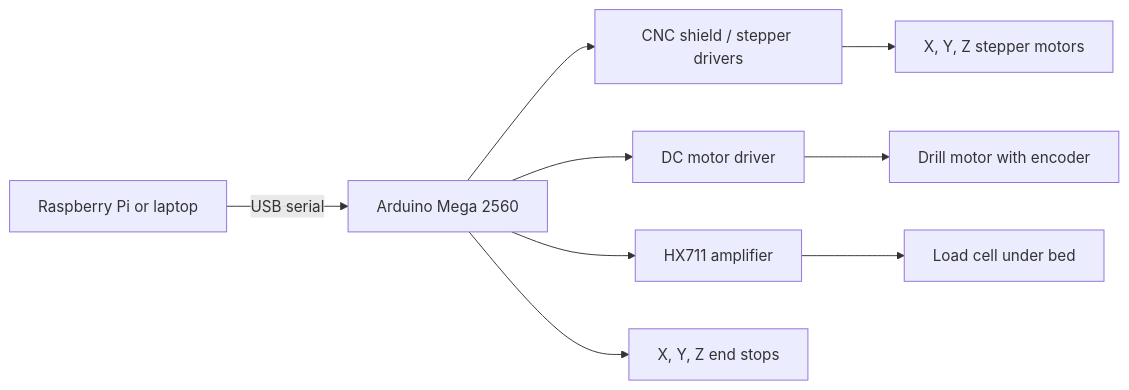
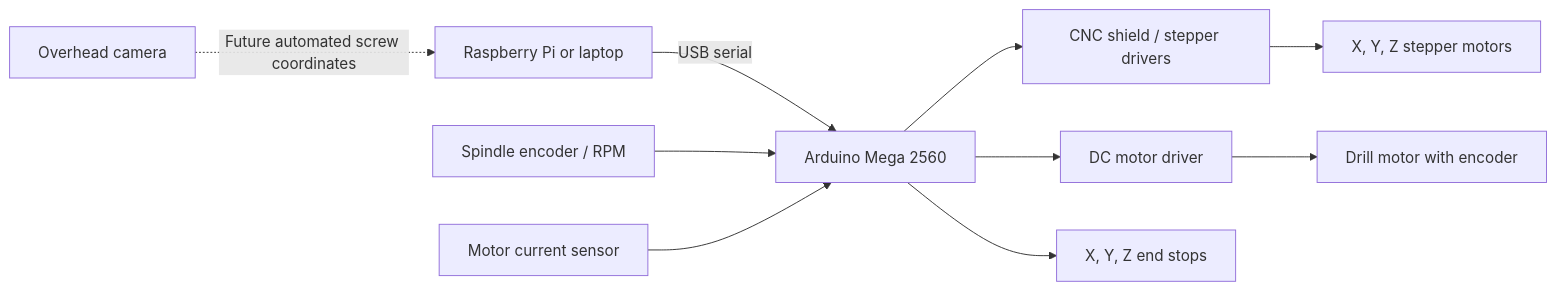
The diagram in README.md (roborecyclevip/2026_robo_recycle), drawn with Mermaid before and after one commit. The commit also changed other lines of this file and 3 other files, not shown here.

Commit message:
Update system flowchart for manual cycle and planned RPM-current engagement

````diff
--- a/README.md
+++ b/README.md
@@ -33,11 +40,12 @@
 ```mermaid
 flowchart LR
   Host["Raspberry Pi or laptop"] -->|"USB serial"| Mega["Arduino Mega 2560"]
   Mega --> Stepper["CNC shield / stepper drivers"]
   Stepper --> XYZ["X, Y, Z stepper motors"]
   Mega --> Driver["DC motor driver"]
   Driver --> Drill["Drill motor with encoder"]
-  Mega --> HX["HX711 amplifier"]
-  HX --> Load["Load cell under bed"]
+  Encoder["Spindle encoder / RPM"] --> Mega
+  Current["Motor current sensor"] --> Mega
+  Camera["Overhead camera"] -. "Future automated screw coordinates" .-> Host
   Mega --> Endstops["X, Y, Z end stops"]
 ```
````
